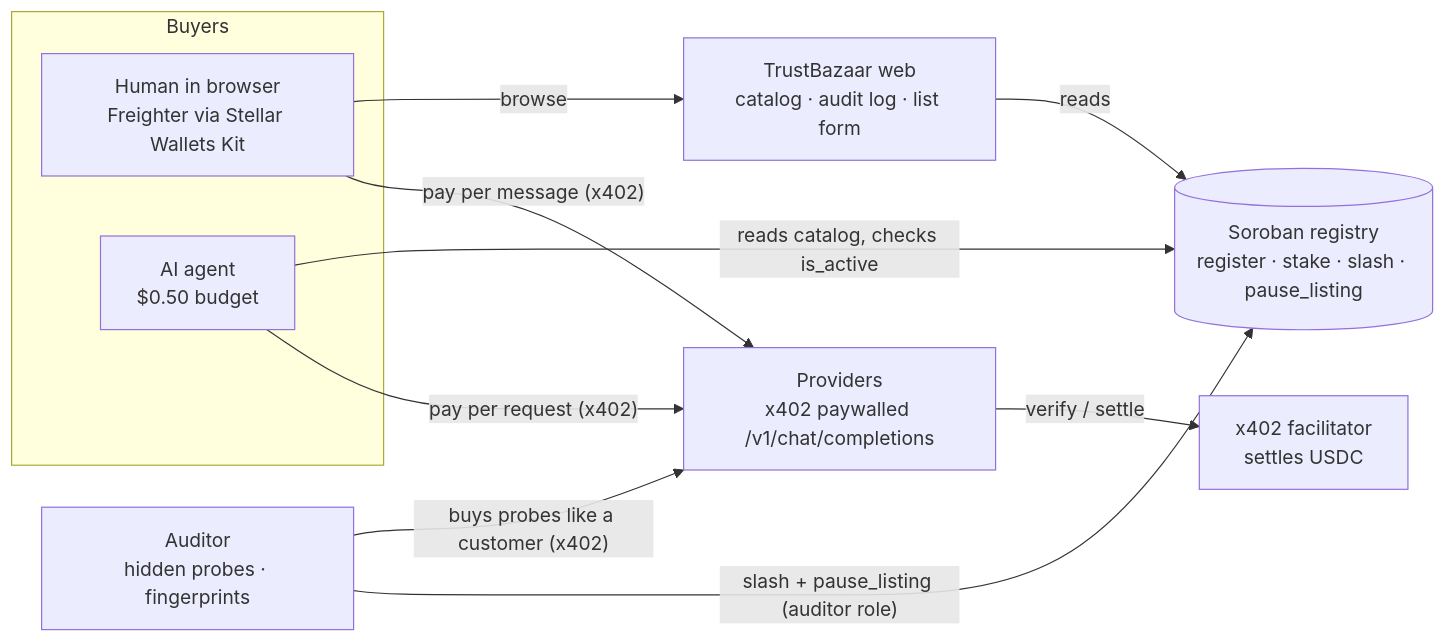
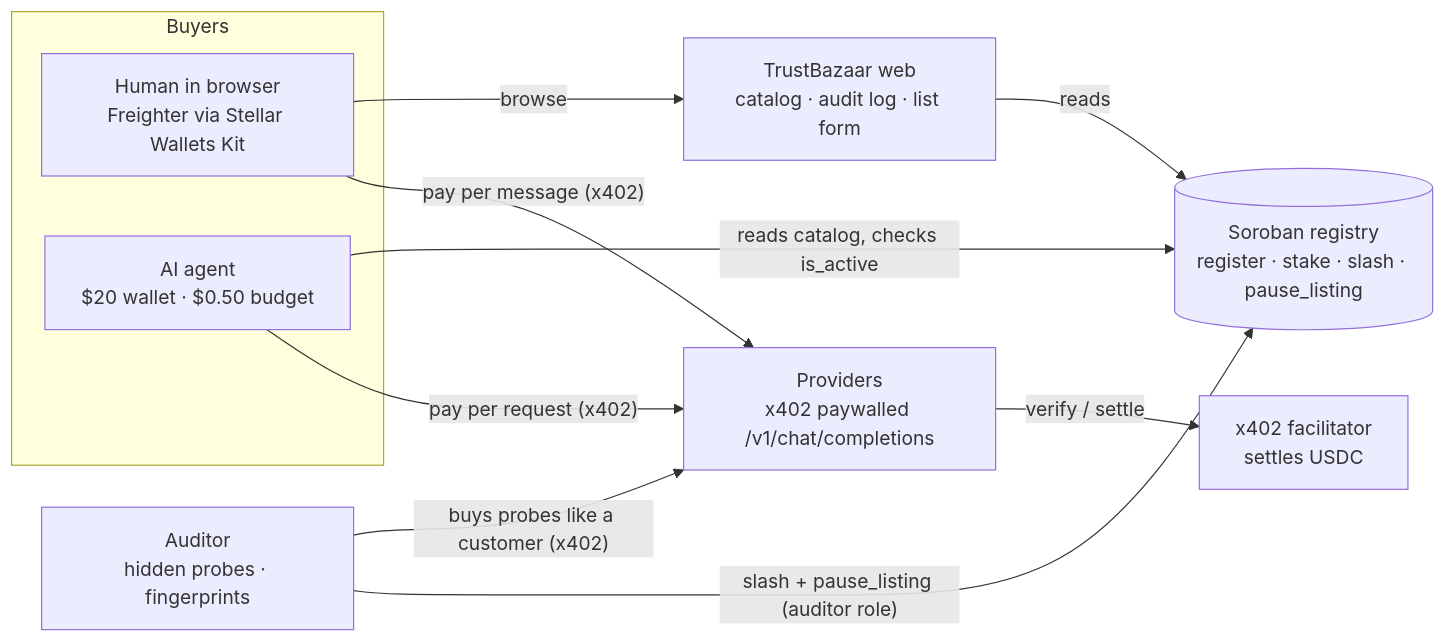
Before and after one commit to curtismoncoq/Middlemate: the diagram in README.md, drawn with Mermaid. The commit also changed other lines of this file and 3 other files, not shown here.

````diff
--- a/README.md
+++ b/README.md
@@ -13,20 +13,20 @@
 ```mermaid
 flowchart LR
   subgraph Buyers
     H[Human in browser<br/>Freighter via Stellar Wallets Kit]
-    A[AI agent<br/>$0.50 budget]
+    A[AI agent<br/>$20 wallet · $0.50 budget]
   end
   W[TrustBazaar web<br/>catalog · audit log · list form]
   R[(Soroban registry<br/>register · stake · slash · pause_listing)]
   P[Providers<br/>x402 paywalled /v1/chat/completions]
   AU[Auditor<br/>hidden probes · fingerprints]
   F[x402 facilitator<br/>settles USDC]
   H -- browse --> W
   W -- reads --> R
   H -- pay per message (x402) --> P
   A -- reads catalog, checks is_active --> R
   A -- pay per request (x402) --> P
   AU -- buys probes like a customer (x402) --> P
   AU -- slash + pause_listing (auditor role) --> R
   P -- verify / settle --> F
 ```
````
